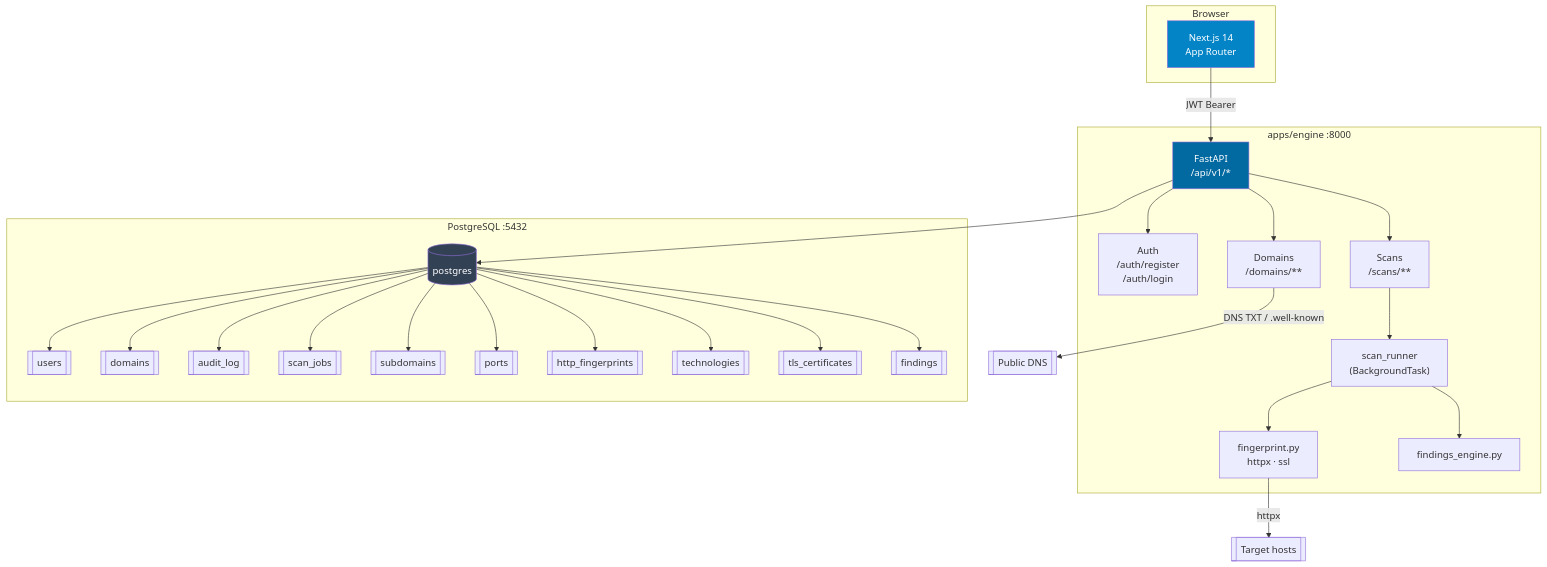
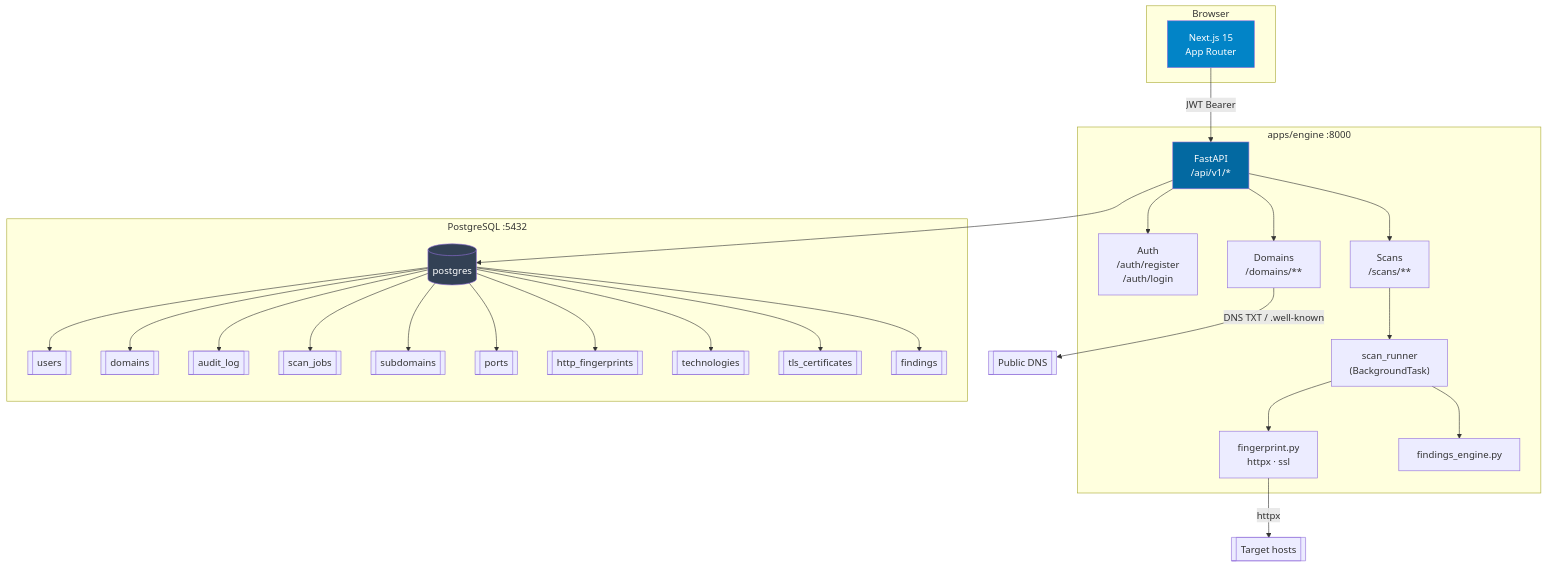
Before and after one commit to francovillagra/recon-scope: the first of 2 diagrams in README.md, drawn with Mermaid. The commit also changed other lines of this file and 2 other files, not shown here.

````diff
--- a/README.md
+++ b/README.md
@@ -28,43 +28,43 @@
 ```mermaid
 graph TB
     subgraph "Browser"
-        WEB["Next.js 14\nApp Router"]
+        WEB["Next.js 15\nApp Router"]
     end
 
     subgraph "apps/engine  :8000"
         API["FastAPI\n/api/v1/*"]
         AUTH["Auth\n/auth/register\n/auth/login"]
         DOMAINS["Domains\n/domains/**"]
         SCANS["Scans\n/scans/**"]
         RUNNER["scan_runner\n(BackgroundTask)"]
         FP["fingerprint.py\nhttpx · ssl"]
         FINDINGS["findings_engine.py"]
     end
 
     subgraph "PostgreSQL :5432"
         PG[("postgres")]
         T1[["users"]]
         T2[["domains"]]
         T3[["audit_log"]]
         T4[["scan_jobs"]]
         T5[["subdomains"]]
         T6[["ports"]]
         T7[["http_fingerprints"]]
         T8[["technologies"]]
         T9[["tls_certificates"]]
         T10[["findings"]]
     end
 
     WEB -->|"JWT Bearer"| API
     API --> AUTH & DOMAINS & SCANS
     SCANS --> RUNNER
     RUNNER --> FP & FINDINGS
     FP -->|"httpx"| INET[["Target hosts"]]
     DOMAINS -->|"DNS TXT / .well-known"| DNS[["Public DNS"]]
     API --> PG
     PG --> T1 & T2 & T3 & T4 & T5 & T6 & T7 & T8 & T9 & T10
 
     style WEB fill:#0284c7,color:#fff
     style API fill:#0369a1,color:#fff
     style PG fill:#334155,color:#fff
 ```
````
